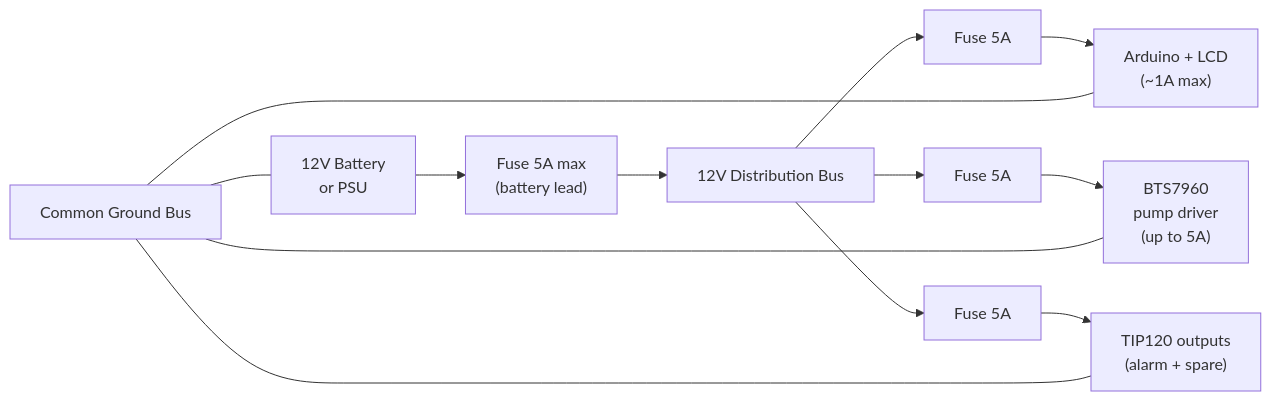
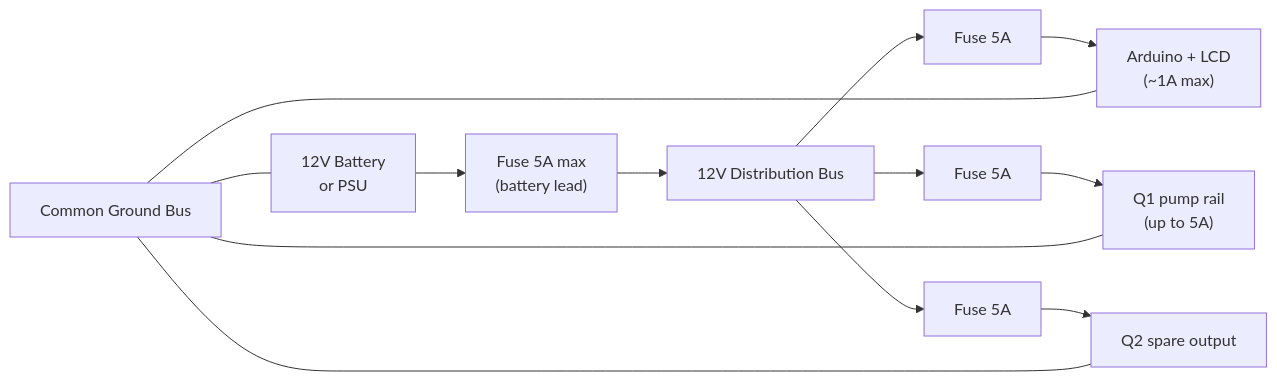
The second of 3 diagrams in readme.md (Supermagnum/heatsink), drawn with Mermaid before and after one commit. The commit also changed other lines of this file and 3 other files, not shown here.

````diff
--- a/readme.md
+++ b/readme.md
@@ -293,16 +292,16 @@
 ```mermaid
 graph LR
     BAT["12V Battery\nor PSU"]
 
     BAT --> FUSE_MAIN["Fuse 5A max\n(battery lead)"]
     FUSE_MAIN --> BUS["12V Distribution Bus"]
 
     BUS --> FUSE_A["Fuse 5A"] --> ARD["Arduino + LCD\n(~1A max)"]
-    BUS --> FUSE_B["Fuse 5A"] --> BTS["BTS7960\npump driver\n(up to 5A)"]
-    BUS --> FUSE_C["Fuse 5A"] --> OUT["TIP120 outputs\n(alarm + spare)"]
+    BUS --> FUSE_B["Fuse 5A"] --> PUMP_RAIL["Q1 pump rail\n(up to 5A)"]
+    BUS --> FUSE_C["Fuse 5A"] --> Q2_RAIL["Q2 spare output"]
 
     GND["Common Ground Bus"] --- ARD
-    GND --- BTS
-    GND --- OUT
+    GND --- PUMP_RAIL
+    GND --- Q2_RAIL
     GND --- BAT
 ```
````
